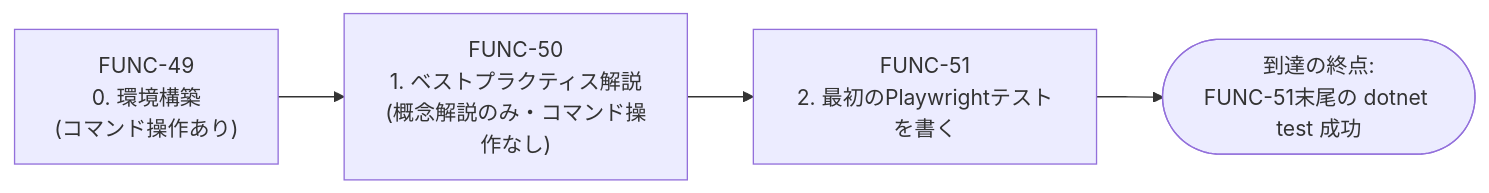
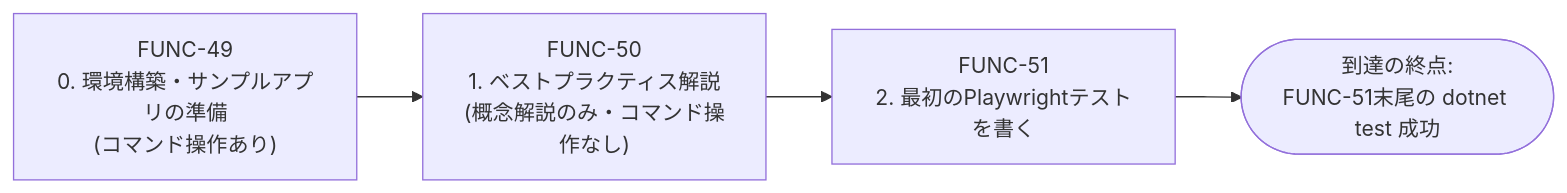
One commit to SanghunIm1991/learn-playwright-dotnet changed the second of 3 diagrams in docs/03_function_design/COMP-06.md. Above: the diagram before and after it, drawn with Mermaid. The commit also changed other lines of this file, not shown here.

````diff
--- a/docs/03_function_design/COMP-06.md
+++ b/docs/03_function_design/COMP-06.md
@@ -116,6 +117,6 @@
 ```mermaid
 flowchart LR
-    A["FUNC-49<br/>0. 環境構築<br/>(コマンド操作あり)"] --> B["FUNC-50<br/>1. ベストプラクティス解説<br/>(概念解説のみ・コマンド操作なし)"]
+    A["FUNC-49<br/>0. 環境構築・サンプルアプリの準備<br/>(コマンド操作あり)"] --> B["FUNC-50<br/>1. ベストプラクティス解説<br/>(概念解説のみ・コマンド操作なし)"]
     B --> C["FUNC-51<br/>2. 最初のPlaywrightテストを書く"]
     C --> D(["到達の終点:<br/>FUNC-51末尾の dotnet test 成功"])
 ```
````
